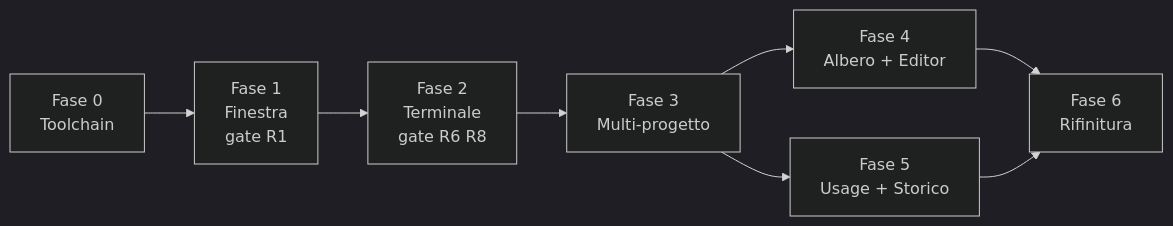
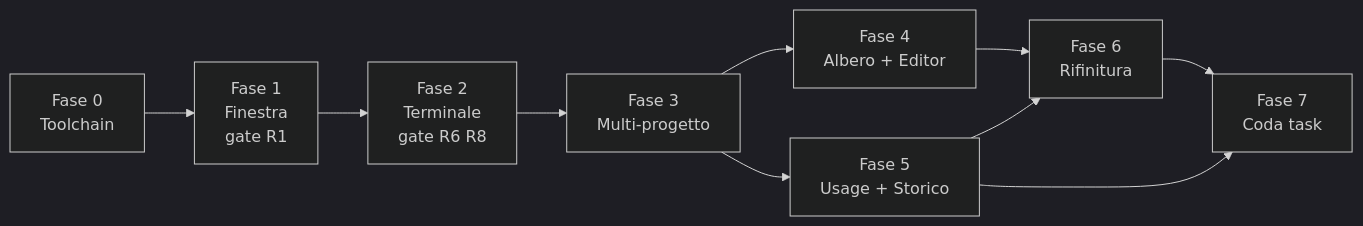
Before and after one commit to Bodyes26/OMP-Studio: the diagram in docs/PLAN.md, drawn with Mermaid (dark theme). The commit also changed other lines of this file and 23 other files, not shown here.

````diff
--- a/docs/PLAN.md
+++ b/docs/PLAN.md
@@ -239,10 +261,12 @@
 ```mermaid
 graph LR
   F0["Fase 0<br/>Toolchain"] --> F1["Fase 1<br/>Finestra<br/>gate R1"]
   F1 --> F2["Fase 2<br/>Terminale<br/>gate R6 R8"]
   F2 --> F3["Fase 3<br/>Multi-progetto"]
   F3 --> F4["Fase 4<br/>Albero + Editor"]
   F3 --> F5["Fase 5<br/>Usage + Storico"]
   F4 --> F6["Fase 6<br/>Rifinitura"]
   F5 --> F6
+  F5 --> F7["Fase 7<br/>Coda task"]
+  F6 --> F7
 ```
````
